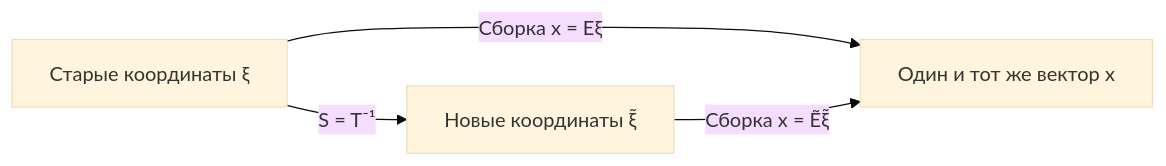
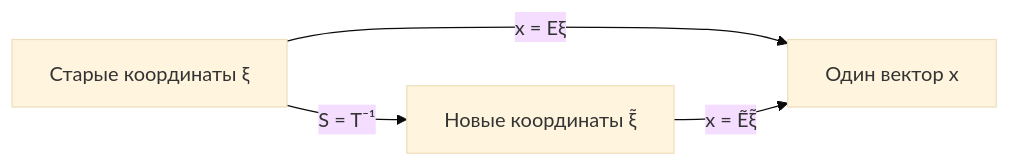
The second of 2 diagrams in 10 Учёба/Линейная алгебра/Замена базиса и преобразование координат.md (MrBoomer1981/MY_LIFE), drawn with Mermaid (base theme) before and after one commit. The commit also changed other lines of this file and 3 other files, not shown here.

````diff
--- a/10 Учёба/Линейная алгебра/Замена базиса и преобразование координат.md
+++ b/10 Учёба/Линейная алгебра/Замена базиса и преобразование координат.md
@@ -190,6 +117,6 @@
 ```mermaid
 flowchart LR
-  C["Старые координаты ξ"] -->|"S = T⁻¹"| NC["Новые координаты ξ̃"]
-  C -->|"Сборка x = Eξ"| X["Один и тот же вектор x"]
-  NC -->|"Сборка x = Ẽξ̃"| X
+ C["Старые координаты ξ"] -->|"S = T⁻¹"| NC["Новые координаты ξ̃"]
+ C -->|"x = Eξ"| X["Один вектор x"]
+ NC -->|"x = Ẽξ̃"| X
 ```
````
